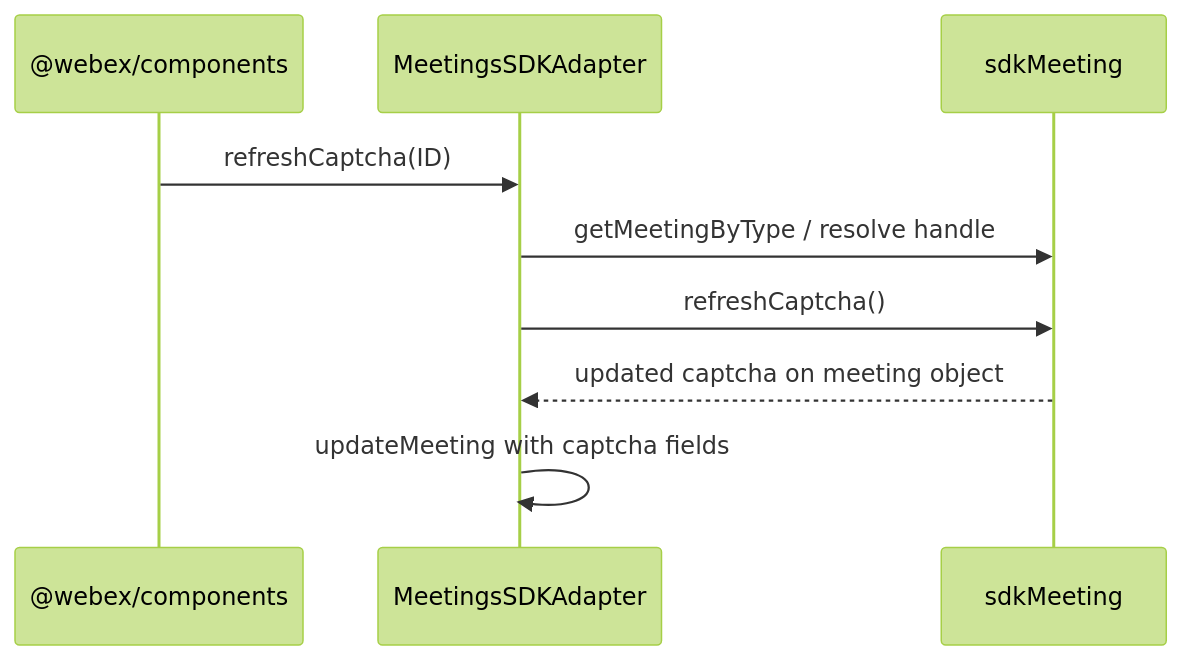
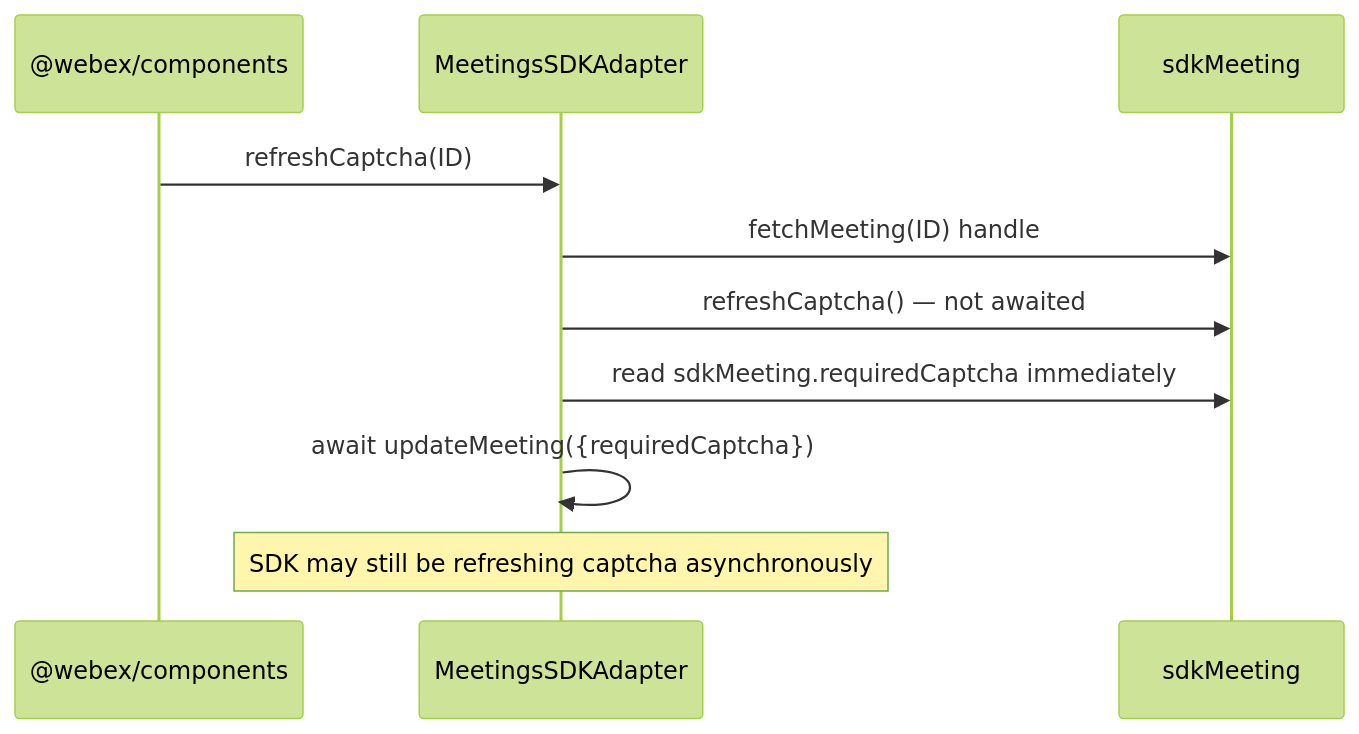
The sixth of 11 diagrams in src/ai-docs/meetings-sdk-adapter-spec.md (webex/sdk-component-adapter), drawn with Mermaid (forest theme) before and after one commit. The commit also changed other lines of this file and 7 other files, not shown here.

````diff
--- a/src/ai-docs/meetings-sdk-adapter-spec.md
+++ b/src/ai-docs/meetings-sdk-adapter-spec.md
@@ -270,12 +271,13 @@
 ```mermaid
 sequenceDiagram
   participant Host as @webex/components
   participant Adapter as MeetingsSDKAdapter
   participant SDK as sdkMeeting
 
   Host->>Adapter: refreshCaptcha(ID)
-  Adapter->>SDK: getMeetingByType / resolve handle
-  Adapter->>SDK: refreshCaptcha()
-  SDK-->>Adapter: updated captcha on meeting object
-  Adapter->>Adapter: updateMeeting with captcha fields
+  Adapter->>SDK: fetchMeeting(ID) handle
+  Adapter->>SDK: refreshCaptcha() — not awaited
+  Adapter->>SDK: read sdkMeeting.requiredCaptcha immediately
+  Adapter->>Adapter: await updateMeeting({requiredCaptcha})
+  Note over Adapter: SDK may still be refreshing captcha asynchronously
 ```
````
